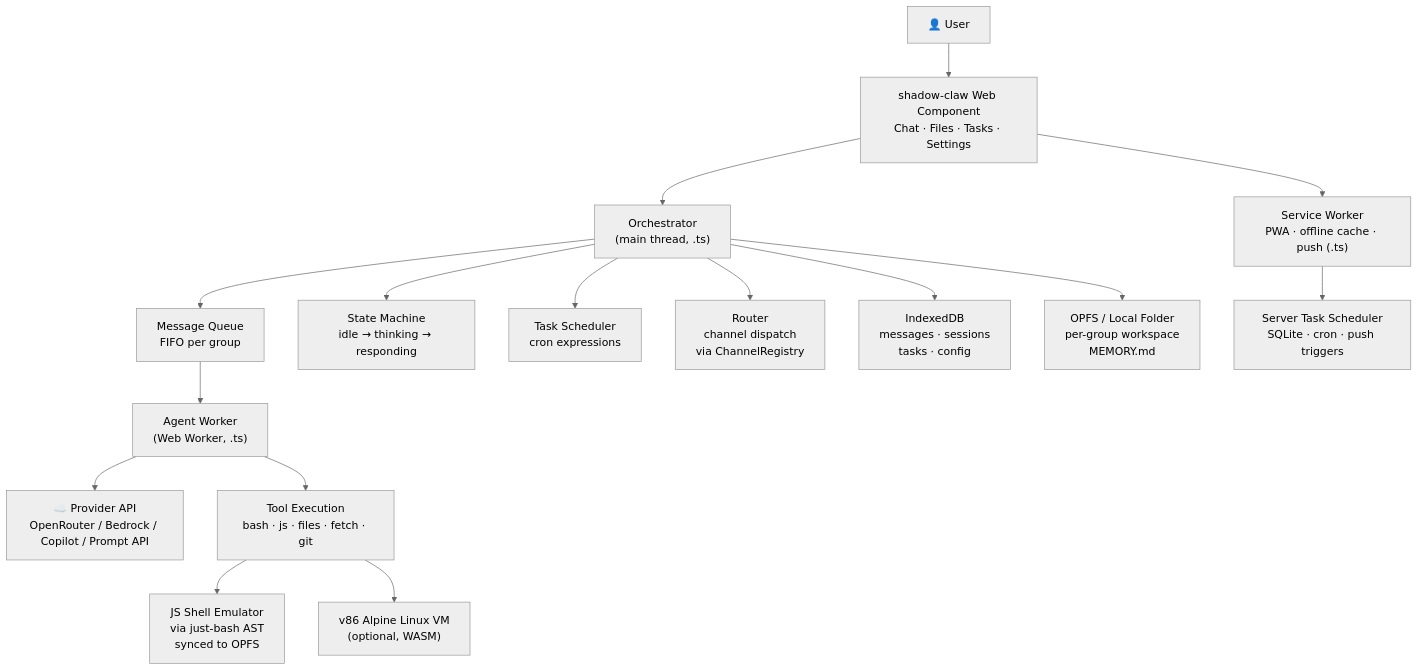
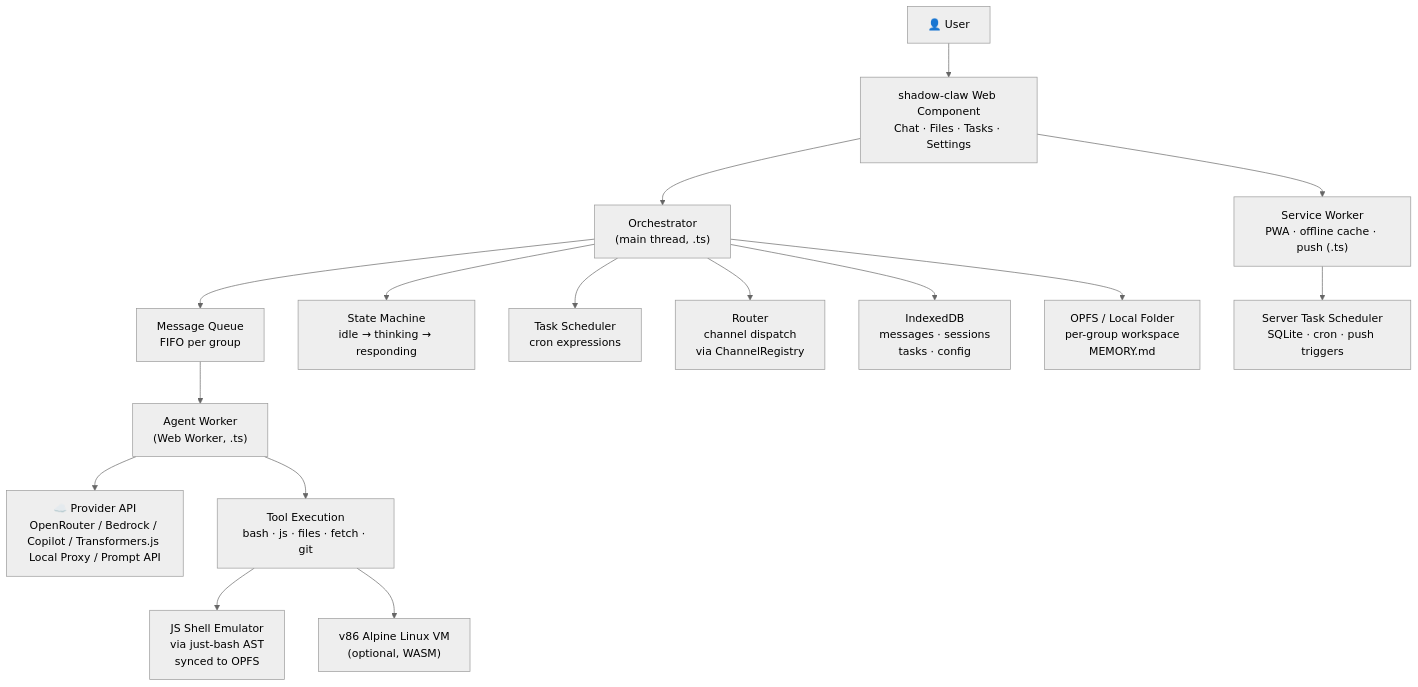
One commit to xt-ml/shadow-claw changed the first of 3 diagrams in README.md. Above: the diagram before and after it, drawn with Mermaid (neutral theme). The commit also changed other lines of this file and 31 other files, not shown here.

First line of the commit message:
Add Transformers.js local model proxy

````diff
--- a/README.md
+++ b/README.md
@@ -88,18 +94,18 @@
 ```mermaid
 graph TD
   User["👤 User"] --> UI["shadow-claw Web Component<br>Chat · Files · Tasks · Settings"]
   UI --> Orchestrator["Orchestrator<br>(main thread, .ts)"]
   Orchestrator --> MessageQueue["Message Queue<br>FIFO per group"]
   Orchestrator --> StateFSM["State Machine<br>idle → thinking → responding"]
   Orchestrator --> TaskScheduler["Task Scheduler<br>cron expressions"]
   Orchestrator --> Router["Router<br>channel dispatch<br>via ChannelRegistry"]
   MessageQueue --> Worker["Agent Worker<br>(Web Worker, .ts)"]
-  Worker --> OpenRouter["☁️ Provider API<br>OpenRouter / Bedrock / Copilot / Prompt API"]
+  Worker --> OpenRouter["☁️ Provider API<br>OpenRouter / Bedrock / Copilot / Transformers.js Local Proxy / Prompt API"]
   Worker --> ToolExec["Tool Execution<br>bash · js · files · fetch · git"]
   ToolExec --> JSShell["JS Shell Emulator<br>via just-bash AST<br>synced to OPFS"]
   ToolExec --> WebVM["v86 Alpine Linux VM<br>(optional, WASM)"]
   Orchestrator --> IndexedDB["IndexedDB<br>messages · sessions<br>tasks · config"]
   Orchestrator --> OPFS["OPFS / Local Folder<br>per-group workspace<br>MEMORY.md"]
   UI --> ServiceWorker["Service Worker<br>PWA · offline cache · push (.ts)"]
   ServiceWorker --> ServerScheduler["Server Task Scheduler<br>SQLite · cron · push triggers"]
 ```
````
